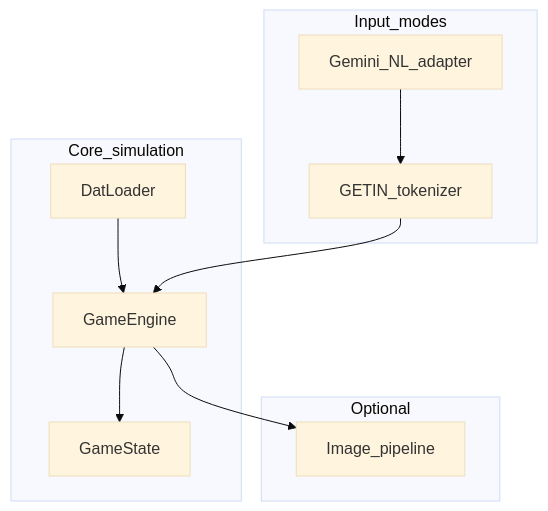
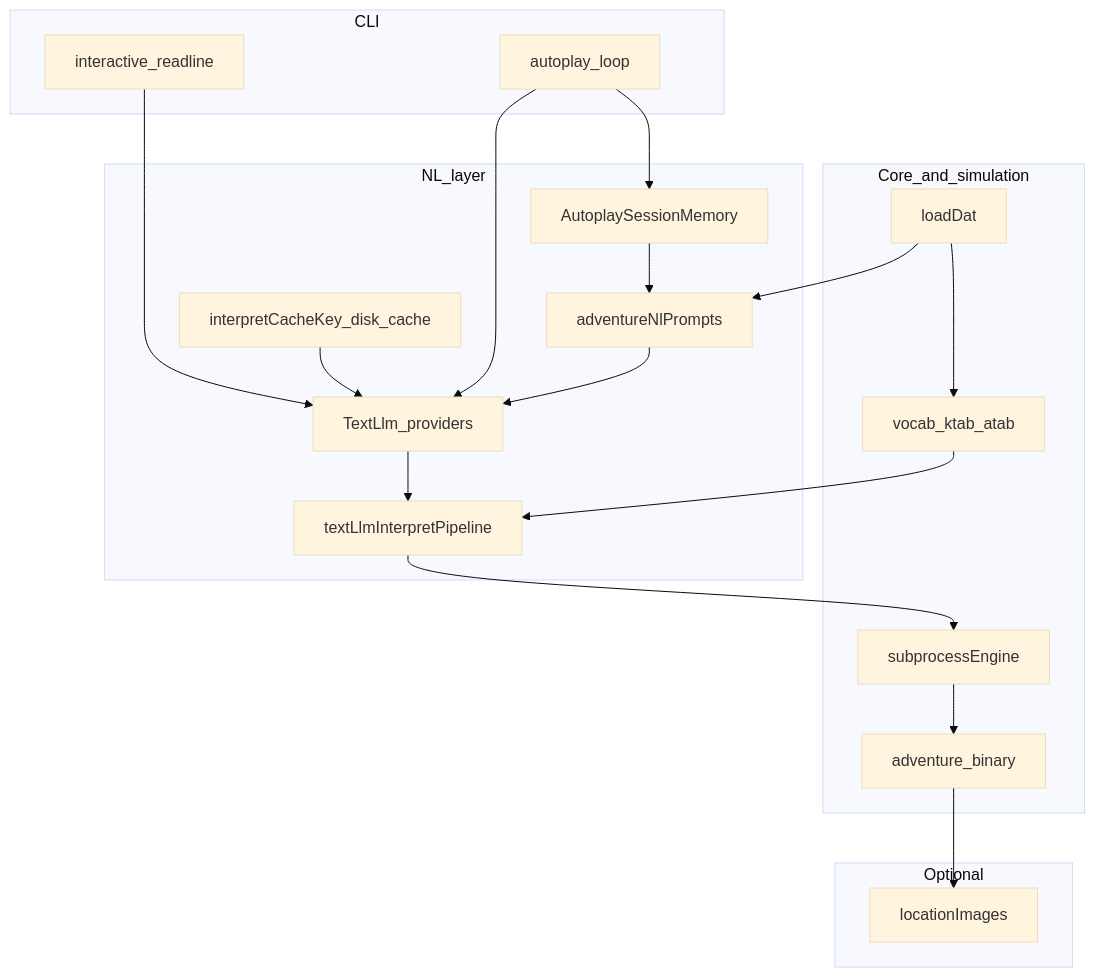
One commit to betsalel-williamson/adventure changed the diagram in docs/architecture/adventure-engine.md. Above: the diagram before and after it, drawn with Mermaid (base theme). The commit also changed other lines of this file and 22 other files, not shown here.

First line of the commit message:
feat(adventure-llm): enhance Makefile and environment configuration for LLM integration

````diff
--- a/docs/architecture/adventure-engine.md
+++ b/docs/architecture/adventure-engine.md
@@ -14,20 +20,36 @@
 ```mermaid
 flowchart TB
-  subgraph core [Core_simulation]
-    DatLoader[DatLoader]
-    Engine[GameEngine]
-    State[GameState]
+  subgraph core [Core_and_simulation]
+    DatLoader[loadDat]
+    Vocab[vocab_ktab_atab]
+    Subprocess[subprocessEngine]
+    Fortran[adventure_binary]
   end
-  subgraph input [Input_modes]
-    Getin[GETIN_tokenizer]
-    Gemini[Gemini_NL_adapter]
+  subgraph nl [NL_layer]
+    Prompts[adventureNlPrompts]
+    Pipeline[textLlmInterpretPipeline]
+    Providers[TextLlm_providers]
+    Memory[AutoplaySessionMemory]
+    Cache[interpretCacheKey_disk_cache]
+  end
+  subgraph cli [CLI]
+    Interactive[interactive_readline]
+    Autoplay[autoplay_loop]
   end
   subgraph optional [Optional]
-    Images[Image_pipeline]
+    Images[locationImages]
   end
-  DatLoader --> Engine
-  Engine --> State
-  Getin --> Engine
-  Gemini --> Getin
-  Engine --> Images
+  DatLoader --> Vocab
+  DatLoader --> Prompts
+  Vocab --> Pipeline
+  Prompts --> Providers
+  Memory --> Prompts
+  Interactive --> Providers
+  Autoplay --> Memory
+  Autoplay --> Providers
+  Providers --> Pipeline
+  Pipeline --> Subprocess
+  Cache --> Providers
+  Subprocess --> Fortran
+  Fortran --> Images
 ```
````
